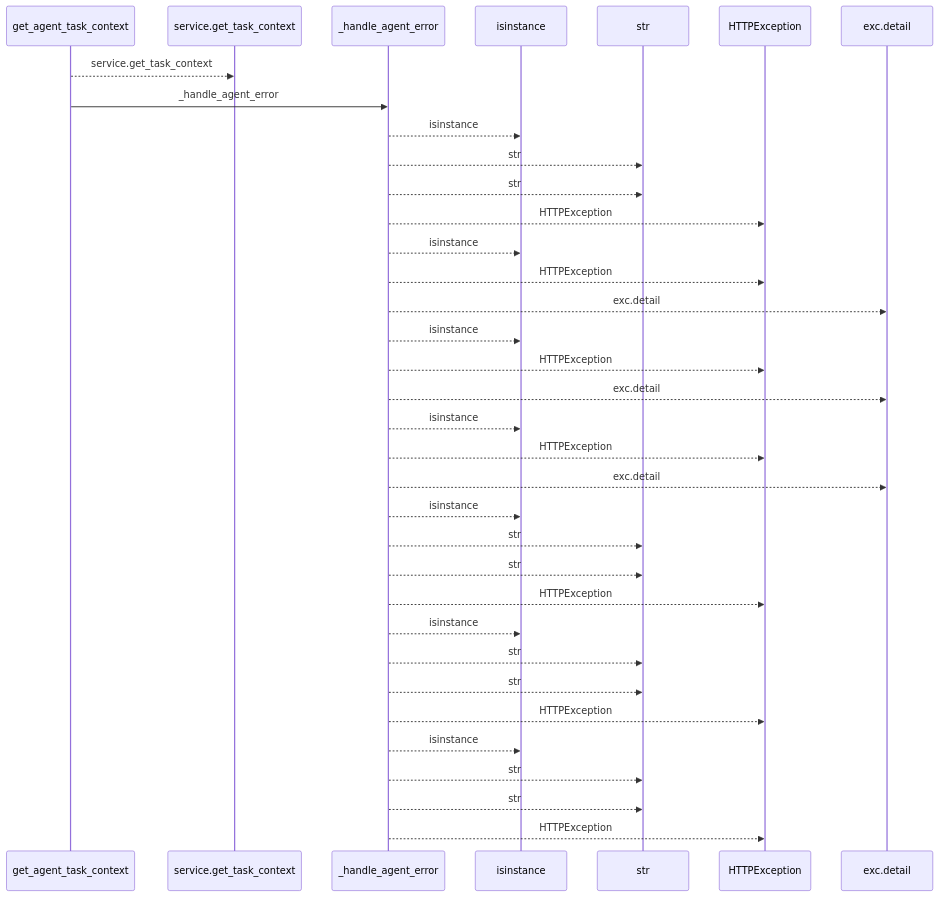
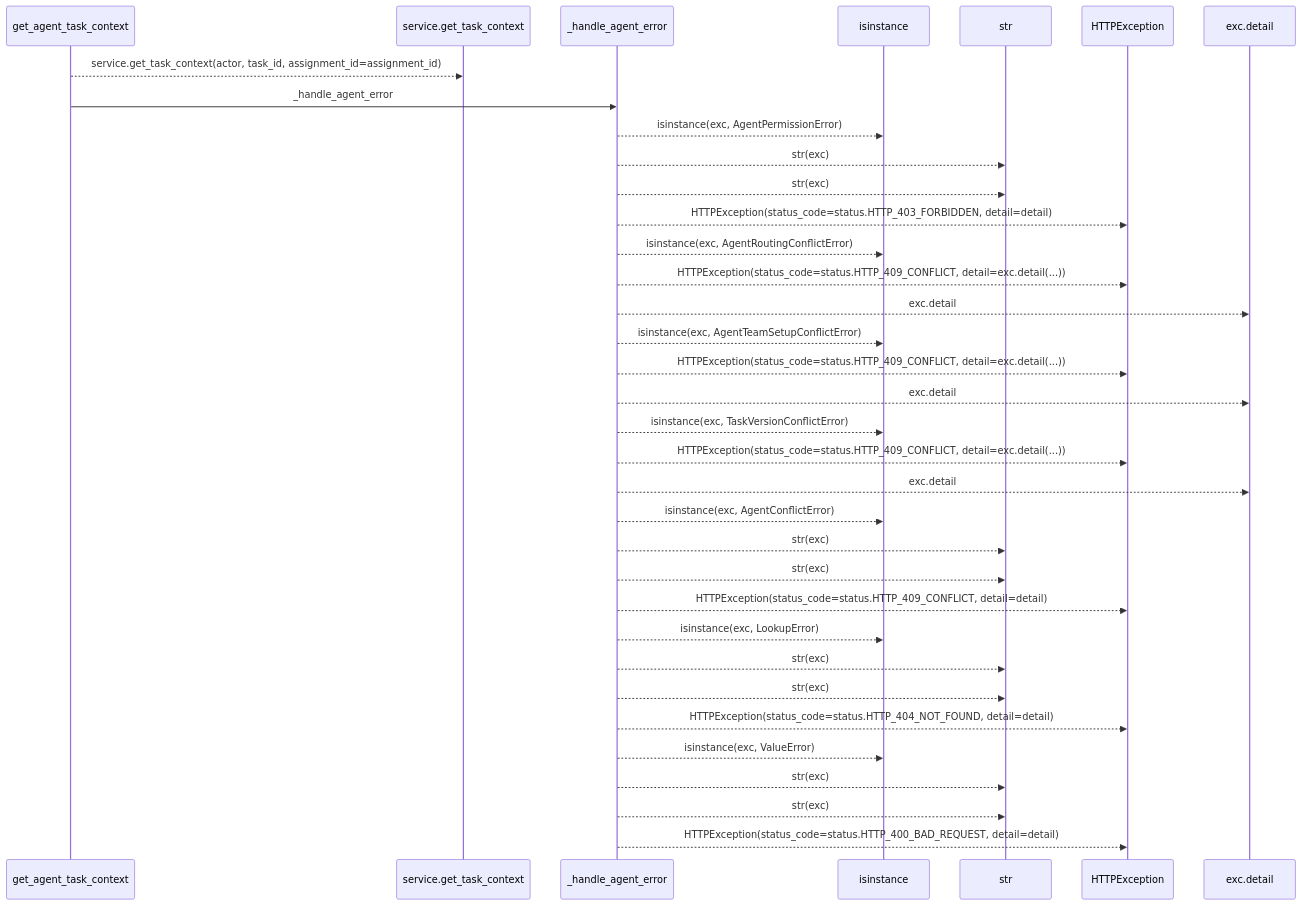
The first of 2 diagrams in docs/llm_wiki/flows/http-get_agent_task_context.md (Denissvgn/WorkChord), drawn with Mermaid before and after one commit. The commit also changed other lines of this file and 25171 other files, not shown here.

````diff
--- a/docs/llm_wiki/flows/http-get_agent_task_context.md
+++ b/docs/llm_wiki/flows/http-get_agent_task_context.md
@@ -10,37 +12,37 @@
 ```mermaid
 sequenceDiagram
     participant p0 as get_agent_task_context
     participant p1 as service.get_task_context
     participant p2 as _handle_agent_error
     participant p3 as isinstance
     participant p4 as str
     participant p5 as HTTPException
     participant p6 as exc.detail
-    p0-->>p1: service.get_task_context
+    p0-->>p1: service.get_task_context(actor, task_id, assignment_id=assignment_id)
     p0->>p2: _handle_agent_error
-    p2-->>p3: isinstance
-    p2-->>p4: str
-    p2-->>p4: str
-    p2-->>p5: HTTPException
-    p2-->>p3: isinstance
-    p2-->>p5: HTTPException
+    p2-->>p3: isinstance(exc, AgentPermissionError)
+    p2-->>p4: str(exc)
+    p2-->>p4: str(exc)
+    p2-->>p5: HTTPException(status_code=status.HTTP_403_FORBIDDEN, detail=detail)
+    p2-->>p3: isinstance(exc, AgentRoutingConflictError)
+    p2-->>p5: HTTPException(status_code=status.HTTP_409_CONFLICT, detail=exc.detail(...))
     p2-->>p6: exc.detail
-    p2-->>p3: isinstance
-    p2-->>p5: HTTPException
+    p2-->>p3: isinstance(exc, AgentTeamSetupConflictError)
+    p2-->>p5: HTTPException(status_code=status.HTTP_409_CONFLICT, detail=exc.detail(...))
     p2-->>p6: exc.detail
-    p2-->>p3: isinstance
-    p2-->>p5: HTTPException
+    p2-->>p3: isinstance(exc, TaskVersionConflictError)
+    p2-->>p5: HTTPException(status_code=status.HTTP_409_CONFLICT, detail=exc.detail(...))
     p2-->>p6: exc.detail
-    p2-->>p3: isinstance
-    p2-->>p4: str
-    p2-->>p4: str
-    p2-->>p5: HTTPException
-    p2-->>p3: isinstance
-    p2-->>p4: str
-    p2-->>p4: str
-    p2-->>p5: HTTPException
-    p2-->>p3: isinstance
-    p2-->>p4: str
-    p2-->>p4: str
-    p2-->>p5: HTTPException
+    p2-->>p3: isinstance(exc, AgentConflictError)
+    p2-->>p4: str(exc)
+    p2-->>p4: str(exc)
+    p2-->>p5: HTTPException(status_code=status.HTTP_409_CONFLICT, detail=detail)
+    p2-->>p3: isinstance(exc, LookupError)
+    p2-->>p4: str(exc)
+    p2-->>p4: str(exc)
+    p2-->>p5: HTTPException(status_code=status.HTTP_404_NOT_FOUND, detail=detail)
+    p2-->>p3: isinstance(exc, ValueError)
+    p2-->>p4: str(exc)
+    p2-->>p4: str(exc)
+    p2-->>p5: HTTPException(status_code=status.HTTP_400_BAD_REQUEST, detail=detail)
 ```
````
